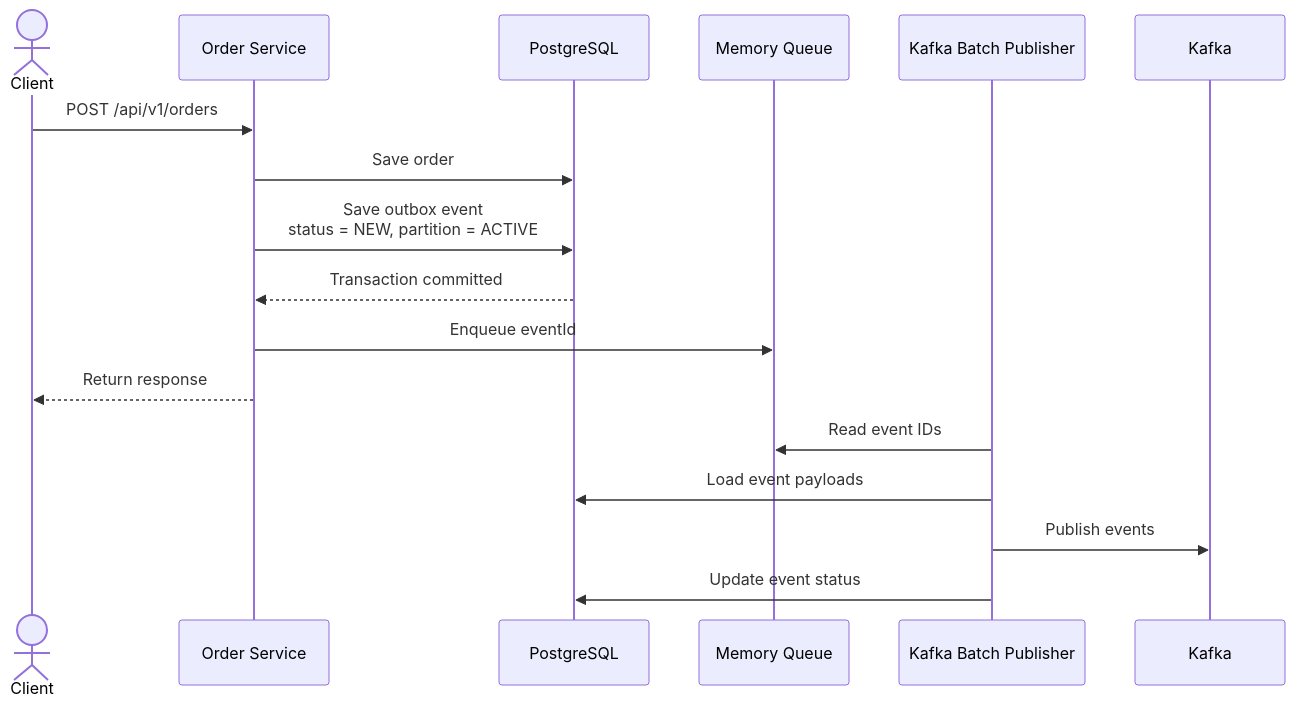
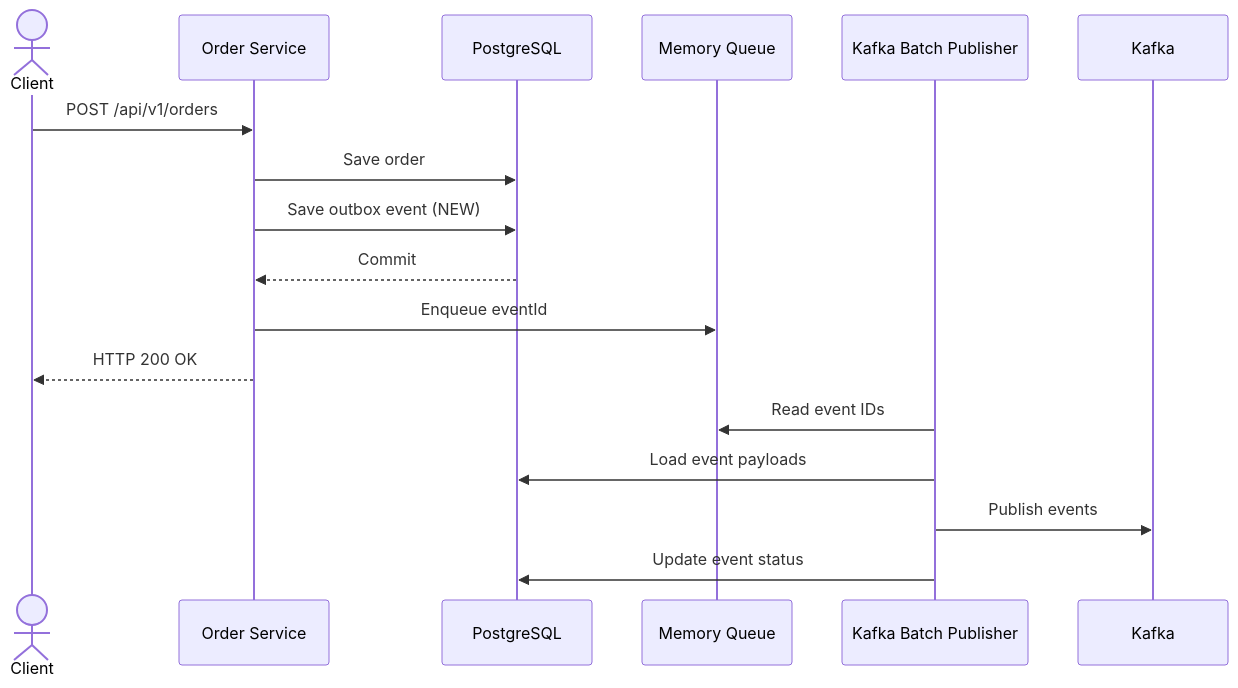
The first of 3 diagrams in README.md (KHolodilin/spring-transactional-outbox-kafka), drawn with Mermaid before and after one commit. The commit also changed other lines of this file, not shown here.

Commit message:
Document idempotent request flow in README

````diff
--- a/README.md
+++ b/README.md
@@ -67,23 +70,23 @@
 ```mermaid
 sequenceDiagram
     actor Client
     participant Service as Order Service
     participant DB as PostgreSQL
     participant Queue as Memory Queue
     participant Publisher as Kafka Batch Publisher
     participant Kafka
 
     Client->>Service: POST /api/v1/orders
 
     Service->>DB: Save order
-    Service->>DB: Save outbox event<br/>status = NEW, partition = ACTIVE
-    DB-->>Service: Transaction committed
+    Service->>DB: Save outbox event (NEW)
+    DB-->>Service: Commit
 
     Service->>Queue: Enqueue eventId
-    Service-->>Client: Return response
+    Service-->>Client: HTTP 200 OK
 
     Publisher->>Queue: Read event IDs
     Publisher->>DB: Load event payloads
     Publisher->>Kafka: Publish events
     Publisher->>DB: Update event status
 ```
````
